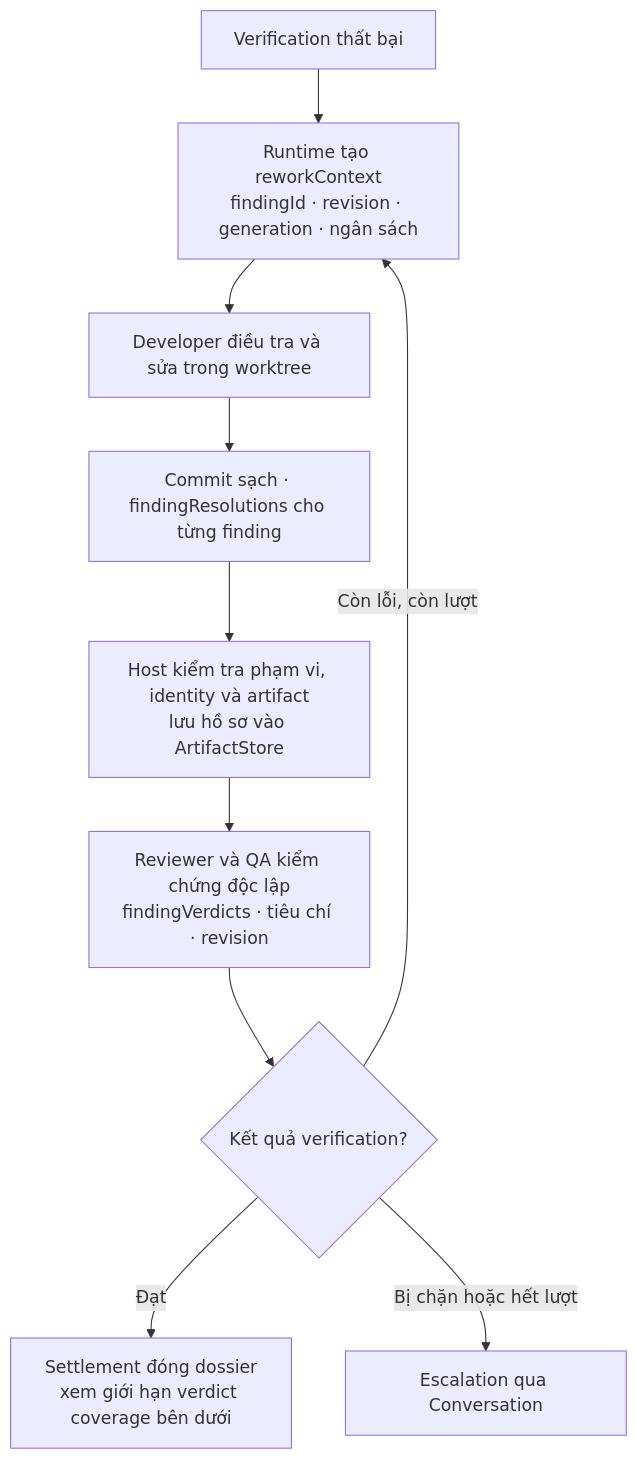
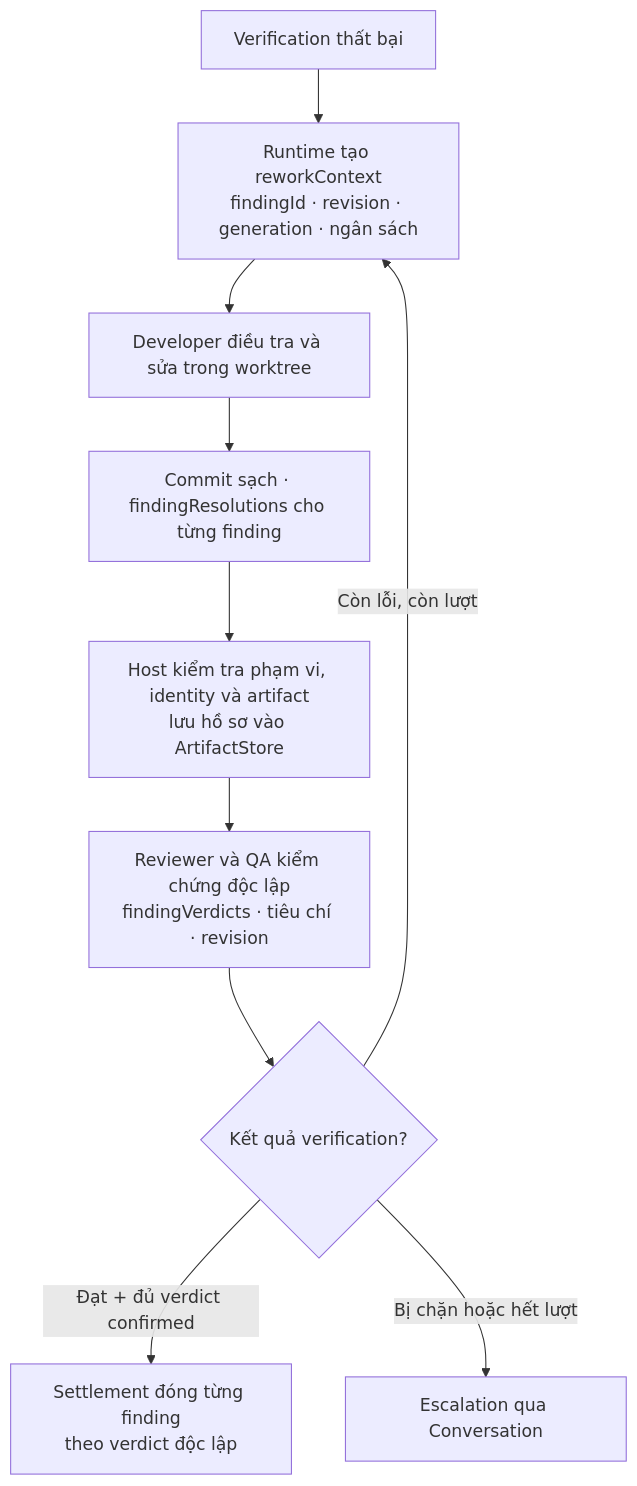
One commit to qxbao/bflow changed the diagram in docs/rework-causality.md. Above: the diagram before and after it, drawn with Mermaid. The commit also changed other lines of this file and 11 other files, not shown here.

````diff
--- a/docs/rework-causality.md
+++ b/docs/rework-causality.md
@@ -7,12 +7,12 @@
 ```mermaid
 flowchart TD
     F["Verification thất bại"] --> C["Runtime tạo reworkContext<br/>findingId · revision · generation · ngân sách"]
     C --> D["Developer điều tra và sửa trong worktree"]
     D --> S["Commit sạch · findingResolutions cho từng finding"]
     S --> H["Host kiểm tra phạm vi, identity và artifact<br/>lưu hồ sơ vào ArtifactStore"]
     H --> V["Reviewer và QA kiểm chứng độc lập<br/>findingVerdicts · tiêu chí · revision"]
     V --> Q{"Kết quả verification?"}
-    Q -->|Đạt| P["Settlement đóng dossier<br/>xem giới hạn verdict coverage bên dưới"]
+    Q -->|Đạt + đủ verdict confirmed| P["Settlement đóng từng finding<br/>theo verdict độc lập"]
     Q -->|Còn lỗi, còn lượt| C
     Q -->|Bị chặn hoặc hết lượt| E["Escalation qua Conversation"]
 ```
````
